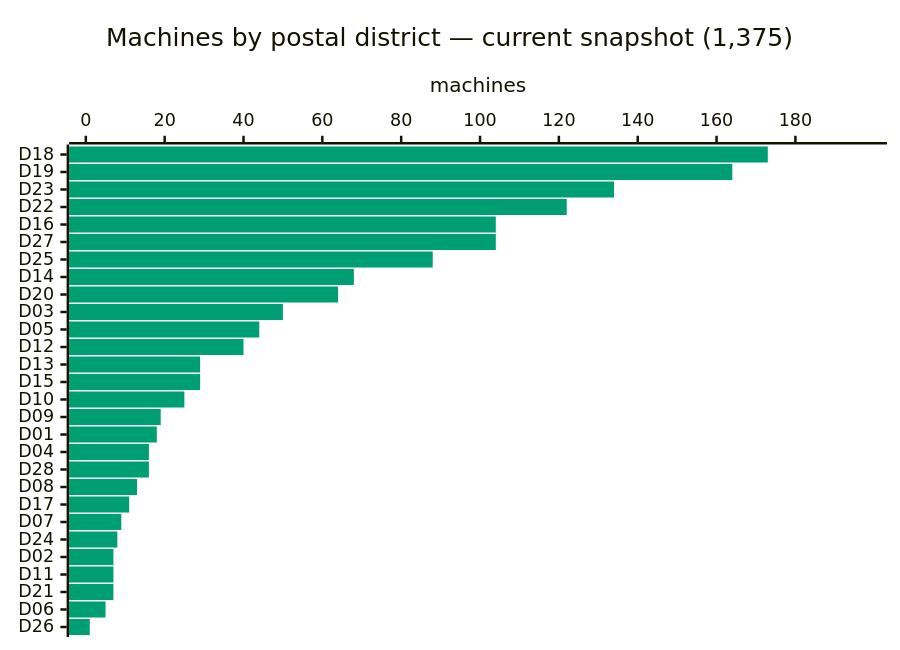
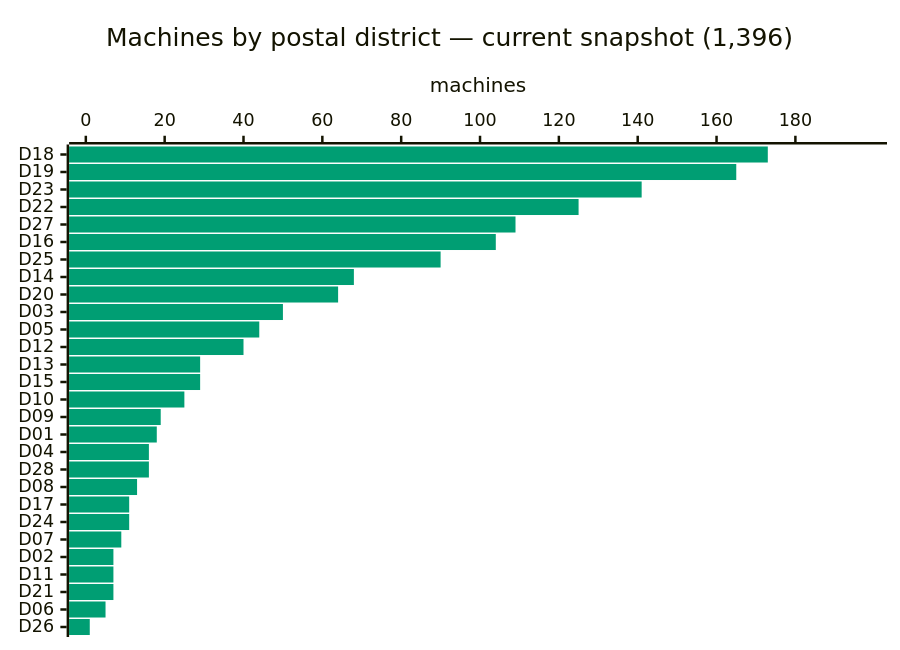
The third of 5 diagrams in ANALYSIS.md (cheeaun/returnright-data), drawn with Mermaid before and after one commit. The commit also changed other lines of this file and 4 other files, not shown here.

````diff
--- a/ANALYSIS.md
+++ b/ANALYSIS.md
@@ -88,16 +90,16 @@
 ```mermaid
 ---
 config:
   themeVariables:
     xyChart:
       plotColorPalette: "#009E73"
   xyChart:
     chartOrientation: "horizontal"
     plotReservedSpacePercent: 40
 ---
 xychart-beta
-    title "Machines by postal district — current snapshot (1,375)"
-    x-axis ["D18", "D19", "D23", "D22", "D16", "D27", "D25", "D14", "D20", "D03", "D05", "D12", "D13", "D15", "D10", "D09", "D01", "D04", "D28", "D08", "D17", "D07", "D24", "D02", "D11", "D21", "D06", "D26"]
+    title "Machines by postal district — current snapshot (1,396)"
+    x-axis ["D18", "D19", "D23", "D22", "D27", "D16", "D25", "D14", "D20", "D03", "D05", "D12", "D13", "D15", "D10", "D09", "D01", "D04", "D28", "D08", "D17", "D24", "D07", "D02", "D11", "D21", "D06", "D26"]
     y-axis "machines" 0 --> 199
-    bar [173, 164, 134, 122, 104, 104, 88, 68, 64, 50, 44, 40, 29, 29, 25, 19, 18, 16, 16, 13, 11, 9, 8, 7, 7, 7, 5, 1]
+    bar [173, 165, 141, 125, 109, 104, 90, 68, 64, 50, 44, 40, 29, 29, 25, 19, 18, 16, 16, 13, 11, 11, 9, 7, 7, 7, 5, 1]
 ```
````
